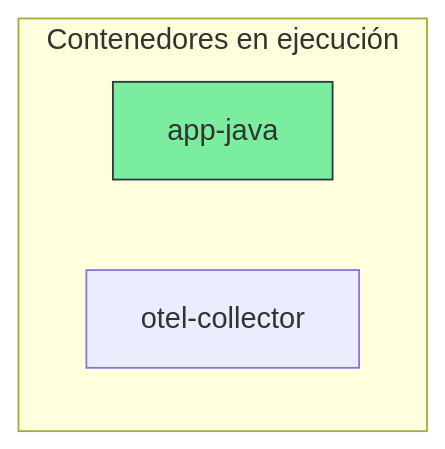
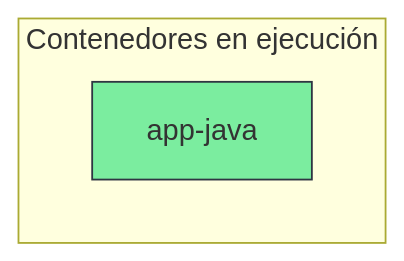
The first of 3 diagrams in Fase01/Readme.md (rugi/OTEL_Parte2), drawn with Mermaid before and after one commit.

````diff
--- a/Fase01/Readme.md
+++ b/Fase01/Readme.md
@@ -25,10 +25,9 @@
 ``` mermaid
 graph TD
     %% Contenedores encima del Compose
     subgraph Containers [Contenedores en ejecución]
         D1[app-java]
-        D2[otel-collector] 
     end
     %% Estilo visual
     style D1 fill:#7bed9f,stroke:#2f3542
 ``` 
````
